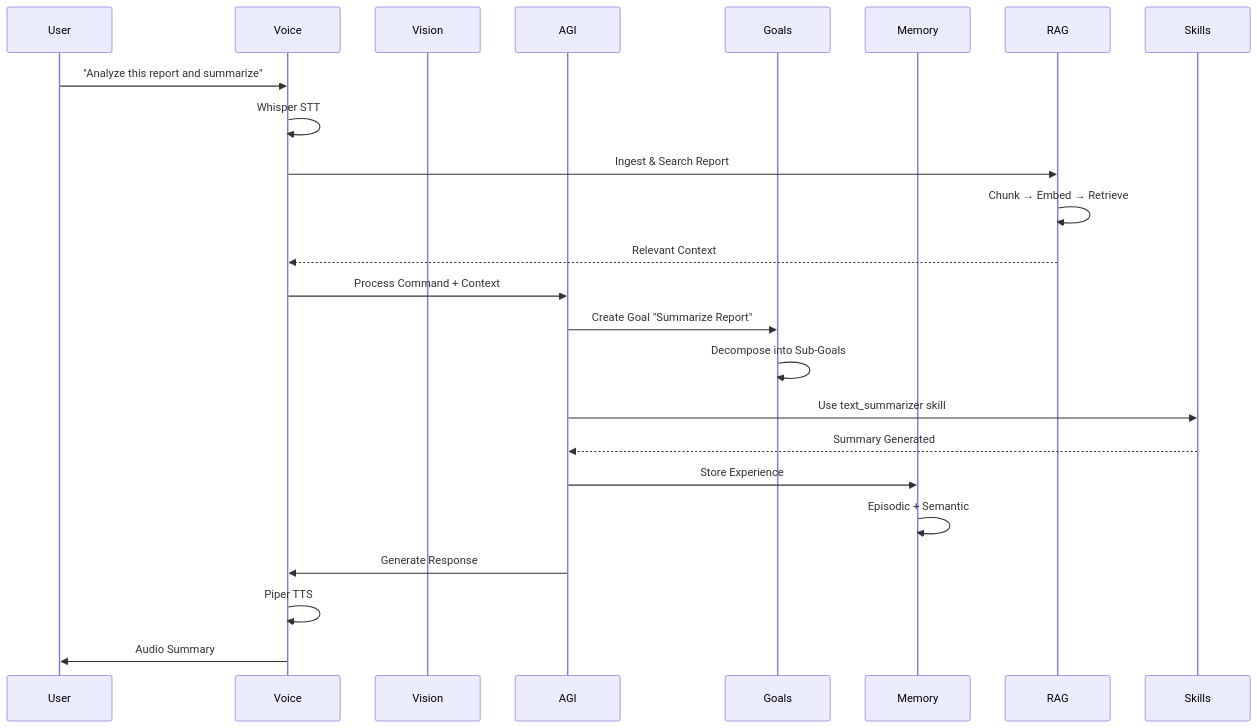
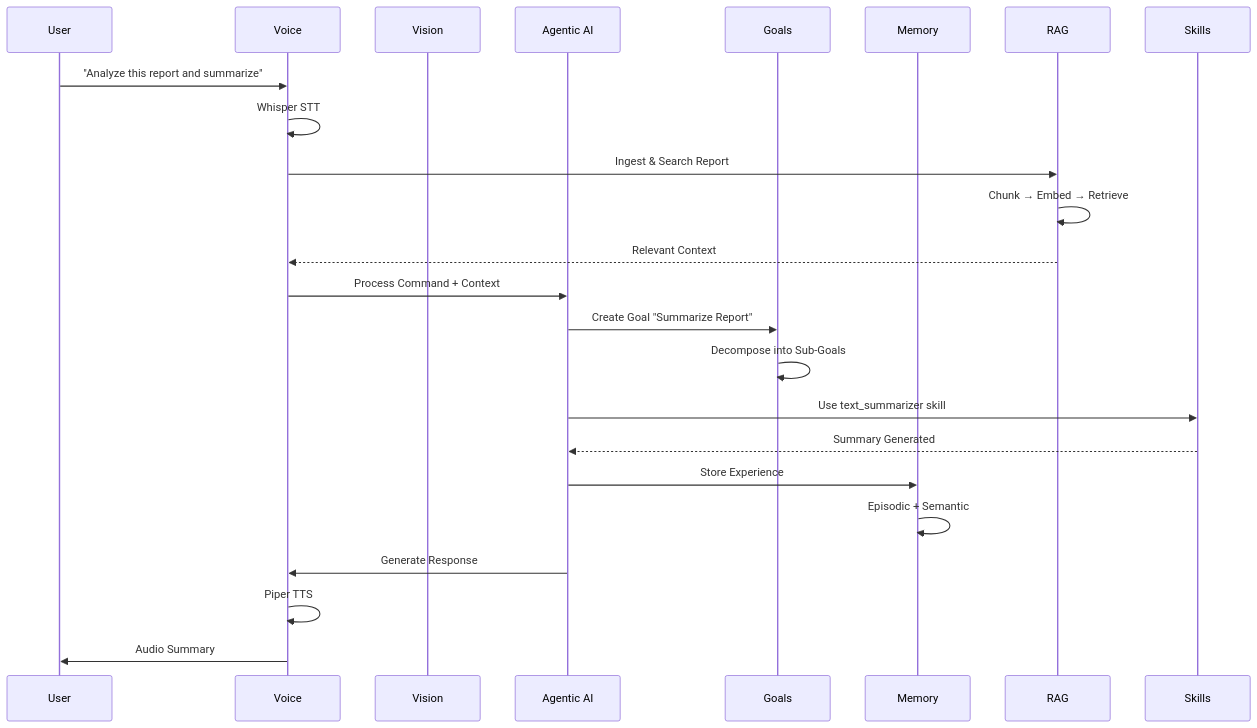
Before and after one commit to bistuwangqiyuan/Open-Sable: diagram 16 of 18 in README.md, drawn with Mermaid. The commit also changed other lines of this file and 24 other files, not shown here.

````diff
--- a/README.md
+++ b/README.md
@@ -1450,32 +1458,32 @@
 ```mermaid
 sequenceDiagram
     participant User
     participant Voice
     participant Vision
-    participant AGI
+    participant AGENT as Agentic AI
     participant Goals
     participant Memory
     participant RAG
     participant Skills
     
     User->>Voice: "Analyze this report and summarize"
     Voice->>Voice: Whisper STT
     
     Voice->>RAG: Ingest & Search Report
     RAG->>RAG: Chunk → Embed → Retrieve
     RAG-->>Voice: Relevant Context
     
-    Voice->>AGI: Process Command + Context
-    AGI->>Goals: Create Goal "Summarize Report"
+    Voice->>AGENT: Process Command + Context
+    AGENT->>Goals: Create Goal "Summarize Report"
     Goals->>Goals: Decompose into Sub-Goals
     
-    AGI->>Skills: Use text_summarizer skill
-    Skills-->>AGI: Summary Generated
+    AGENT->>Skills: Use text_summarizer skill
+    Skills-->>AGENT: Summary Generated
     
-    AGI->>Memory: Store Experience
+    AGENT->>Memory: Store Experience
     Memory->>Memory: Episodic + Semantic
     
-    AGI->>Voice: Generate Response
+    AGENT->>Voice: Generate Response
     Voice->>Voice: Piper TTS
     Voice->>User: Audio Summary
 ```
````
